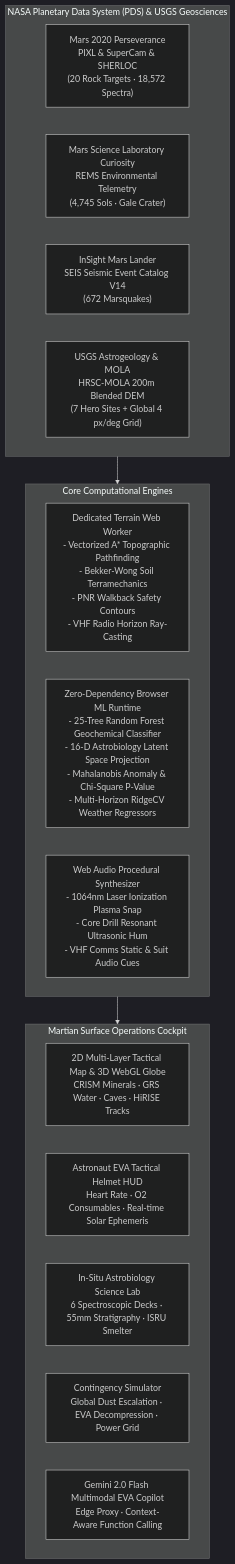
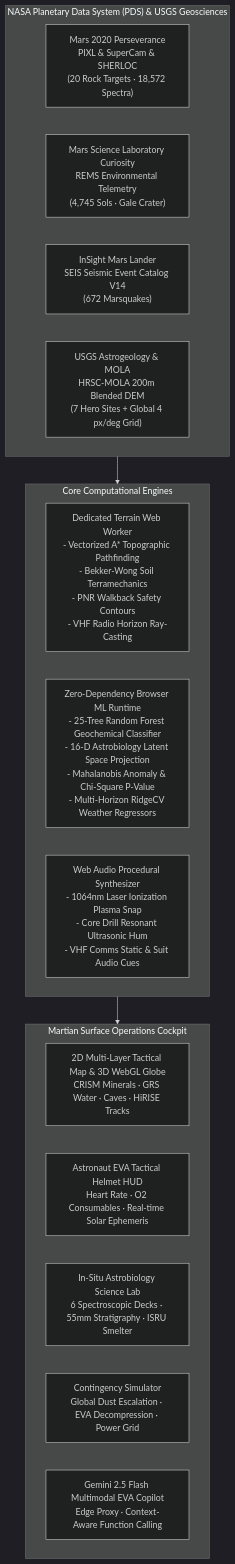
One commit to Dipbroto/Martis-Ovikorsho changed the first of 13 diagrams in README.md. Above: the diagram before and after it, drawn with Mermaid (dark theme). The commit also changed other lines of this file, not shown here.

````diff
--- a/README.md
+++ b/README.md
@@ -72,26 +73,26 @@
 ```mermaid
 flowchart TB
     subgraph DataIngestion["NASA Planetary Data System (PDS) & USGS Geosciences"]
         PDS1["Mars 2020 Perseverance<br/>PIXL & SuperCam & SHERLOC<br/>(20 Rock Targets · 18,572 Spectra)"]
         PDS2["Mars Science Laboratory Curiosity<br/>REMS Environmental Telemetry<br/>(4,745 Sols · Gale Crater)"]
         PDS3["InSight Mars Lander<br/>SEIS Seismic Event Catalog V14<br/>(672 Marsquakes)"]
         PDS4["USGS Astrogeology & MOLA<br/>HRSC-MOLA 200m Blended DEM<br/>(7 Hero Sites + Global 4 px/deg Grid)"]
     end
 
     subgraph CoreEngines["Core Computational Engines"]
         WORKER["Dedicated Terrain Web Worker<br/>- Vectorized A* Topographic Pathfinding<br/>- Bekker-Wong Soil Terramechanics<br/>- PNR Walkback Safety Contours<br/>- VHF Radio Horizon Ray-Casting"]
         ML_ENGINE["Zero-Dependency Browser ML Runtime<br/>- 25-Tree Random Forest Geochemical Classifier<br/>- 16-D Astrobiology Latent Space Projection<br/>- Mahalanobis Anomaly & Chi-Square P-Value<br/>- Multi-Horizon RidgeCV Weather Regressors"]
         AUDIO_ENGINE["Web Audio Procedural Synthesizer<br/>- 1064nm Laser Ionization Plasma Snap<br/>- Core Drill Resonant Ultrasonic Hum<br/>- VHF Comms Static & Suit Audio Cues"]
     end
 
     subgraph TacticalLayers["Martian Surface Operations Cockpit"]
         MAP2D3D["2D Multi-Layer Tactical Map & 3D WebGL Globe<br/>CRISM Minerals · GRS Water · Caves · HiRISE Tracks"]
         HUD["Astronaut EVA Tactical Helmet HUD<br/>Heart Rate · O2 Consumables · Real-time Solar Ephemeris"]
         LAB["In-Situ Astrobiology Science Lab<br/>6 Spectroscopic Decks · 55mm Stratigraphy · ISRU Smelter"]
         SIM["Contingency Simulator<br/>Global Dust Escalation · EVA Decompression · Power Grid"]
-        COPILOT["Gemini 2.0 Flash Multimodal EVA Copilot<br/>Edge Proxy · Context-Aware Function Calling"]
+        COPILOT["Gemini 2.5 Flash Multimodal EVA Copilot<br/>Edge Proxy · Context-Aware Function Calling"]
     end
 
     DataIngestion --> CoreEngines
     CoreEngines --> TacticalLayers
 ```
````
